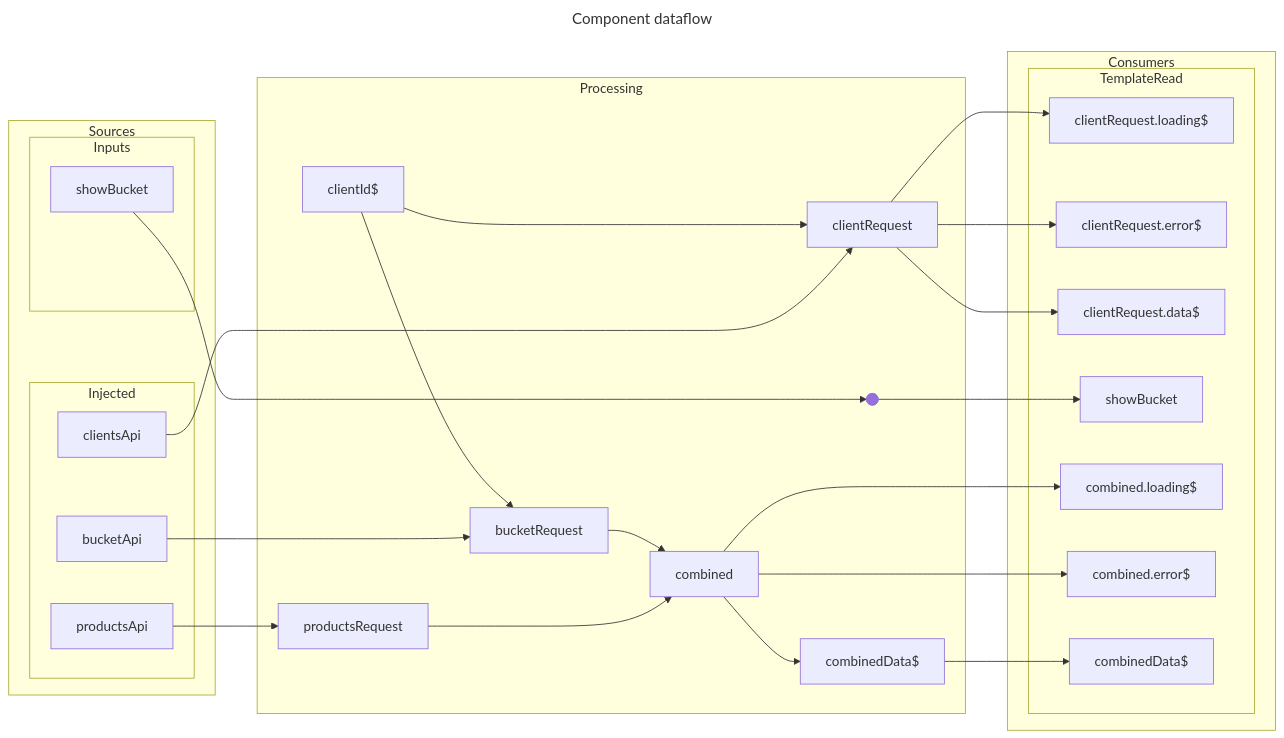
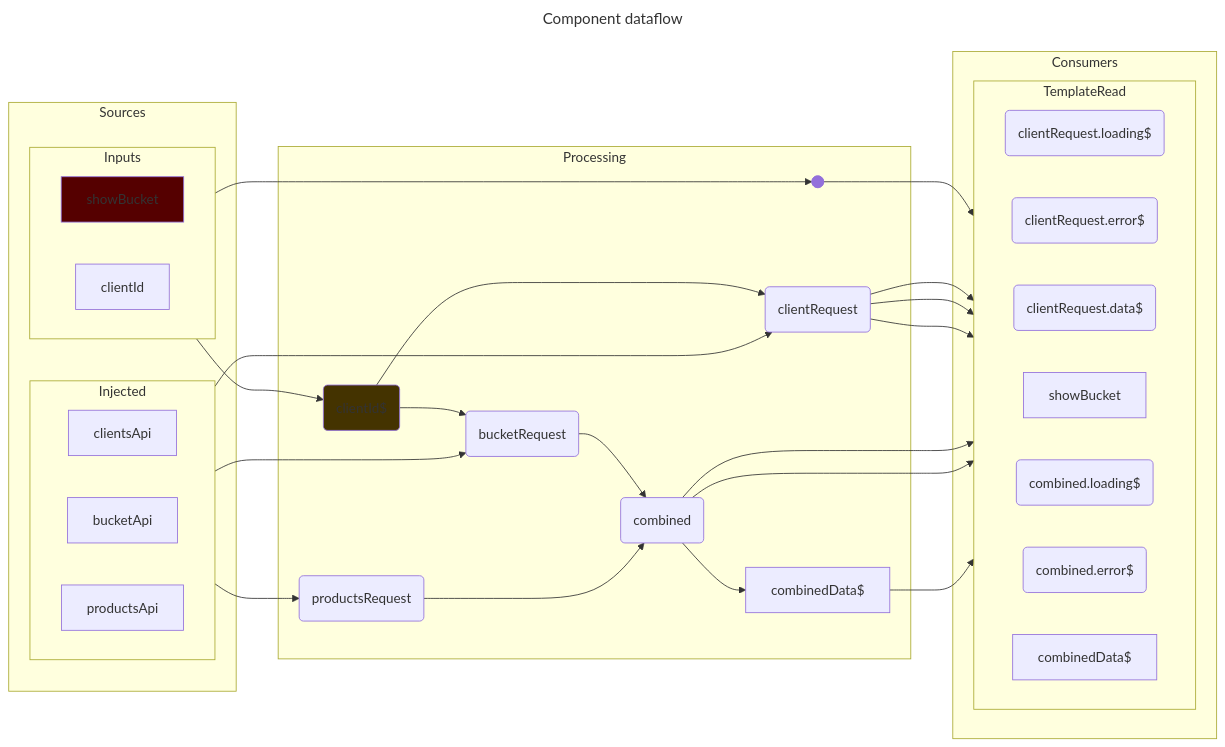
The first of 2 diagrams in src/app/components/wip/container-rx/container-rx.component.dataflow.md (earthdmitriy/rx-evo), drawn with Mermaid before and after one commit. The commit also changed other lines of this file and 39 other files, not shown here.

Commit message:
updated dataflow diagrams

````diff
--- a/src/app/components/wip/container-rx/container-rx.component.dataflow.md
+++ b/src/app/components/wip/container-rx/container-rx.component.dataflow.md
@@ -7,6 +7,7 @@
 graph LR
     subgraph Sources
         subgraph Injected
+            direction LR
             Source_clientsApi["
                 clientsApi
             "]
@@ -18,27 +19,31 @@
             "]
         end
         subgraph Inputs
+            direction LR
             Source_showBucket["
                 showBucket
+            "]
+            Source_clientId["
+                clientId
             "]
         end
     end
     subgraph Processing
-        Processing_clientId$["
+        Processing_clientId$("
             clientId$
-        "]
-        Processing_productsRequest["
+        ")
+        Processing_productsRequest("
             productsRequest
-        "]
-        Processing_clientRequest["
+        ")
+        Processing_clientRequest("
             clientRequest
-        "]
-        Processing_bucketRequest["
+        ")
+        Processing_bucketRequest("
             bucketRequest
-        "]
-        Processing_combined["
+        ")
+        Processing_combined("
             combined
-        "]
+        ")
         Processing_combinedData$["
             combinedData$
         "]
@@ -46,24 +51,25 @@
     end
     subgraph Consumers
         subgraph TemplateRead
-            Consumer_clientRequest.loading$["
+            direction LR
+            Consumer_clientRequest.loading$("
                 clientRequest.loading$
-            "]
-            Consumer_clientRequest.error$["
+            ")
+            Consumer_clientRequest.error$("
                 clientRequest.error$
-            "]
-            Consumer_clientRequest.data$["
+            ")
+            Consumer_clientRequest.data$("
                 clientRequest.data$
-            "]
+            ")
             Consumer_showBucket["
                 showBucket
             "]
-            Consumer_combined.loading$["
+            Consumer_combined.loading$("
                 combined.loading$
-            "]
-            Consumer_combined.error$["
+            ")
+            Consumer_combined.error$("
                 combined.error$
-            "]
+            ")
             Consumer_combinedData$["
                 combinedData$
             "]
@@ -72,6 +78,7 @@
     Sources ~~~ Processing
     Processing ~~~ Consumers
     Source_showBucket --> Processing_showBucket
+    Source_clientId --> Processing_clientId$
     Source_productsApi --> Processing_productsRequest
     Processing_clientId$ --> Processing_clientRequest
     Source_clientsApi --> Processing_clientRequest
@@ -87,5 +94,7 @@
     Processing_combined --> Consumer_combined.loading$
     Processing_combined --> Consumer_combined.error$
     Processing_combinedData$ --> Consumer_combinedData$
+    style Source_showBucket fill:#500
+    style Processing_clientId$ fill:#430
 
 ```
````
